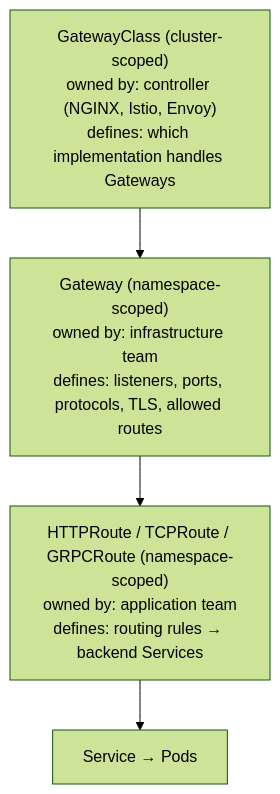
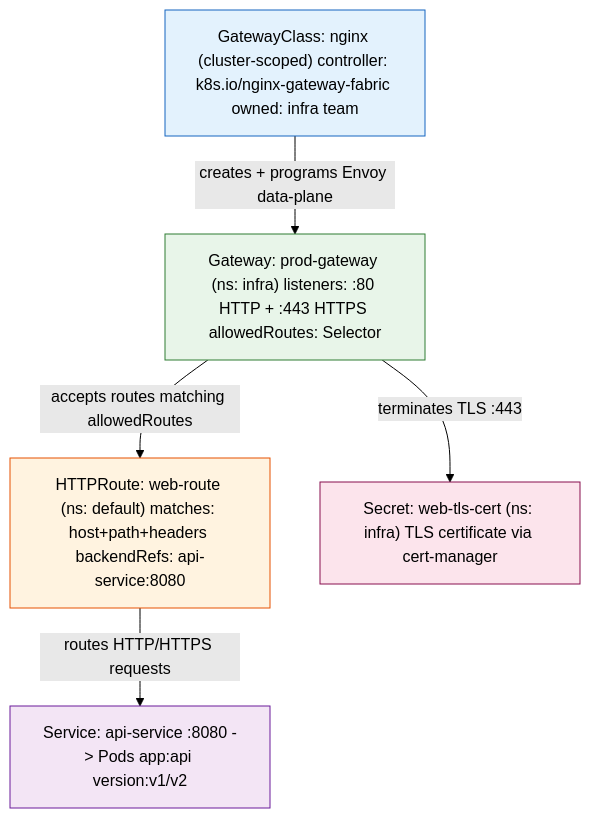
The first of 2 diagrams in lessons/18-gateway-api.md (MykolaLebid/Kubernetes_networking_engineering), drawn with Mermaid (forest theme) before and after one commit. The commit also changed other lines of this file and 35 other files, not shown here.

First line of the commit message:
Restructure all 34 lessons: Theory/Practice split, richer diagrams, industry examples, navigation

````diff
--- a/lessons/18-gateway-api.md
+++ b/lessons/18-gateway-api.md
@@ -67,11 +35,19 @@
 ```mermaid
 flowchart TD
-    GC["GatewayClass (cluster-scoped)\nowned by: controller (NGINX, Istio, Envoy)\ndefines: which implementation handles Gateways"]
-    GW["Gateway (namespace-scoped)\nowned by: infrastructure team\ndefines: listeners, ports, protocols, TLS, allowed routes"]
-    HR["HTTPRoute / TCPRoute / GRPCRoute (namespace-scoped)\nowned by: application team\ndefines: routing rules → backend Services"]
-    SVC["Service → Pods"]
+    GC["GatewayClass: nginx (cluster-scoped) controller: k8s.io/nginx-gateway-fabric owned: infra team"]
+    GW["Gateway: prod-gateway (ns: infra) listeners: :80 HTTP + :443 HTTPS allowedRoutes: Selector"]
+    HR["HTTPRoute: web-route (ns: default) matches: host+path+headers backendRefs: api-service:8080"]
+    SVC["Service: api-service :8080 -> Pods app:api version:v1/v2"]
+    CERT["Secret: web-tls-cert (ns: infra) TLS certificate via cert-manager"]
 
-    GC --> GW
-    GW --> HR
-    HR --> SVC
+    GC --"creates + programs Envoy data-plane"--> GW
+    GW --"accepts routes matching allowedRoutes"--> HR
+    HR --"routes HTTP/HTTPS requests"--> SVC
+    GW --"terminates TLS :443"--> CERT
+
+    style GC fill:#e3f2fd,stroke:#1565c0
+    style GW fill:#e8f5e9,stroke:#2e7d32
+    style HR fill:#fff3e0,stroke:#e65100
+    style SVC fill:#f3e5f5,stroke:#6a1b9a
+    style CERT fill:#fce4ec,stroke:#880e4f
 ```
````
